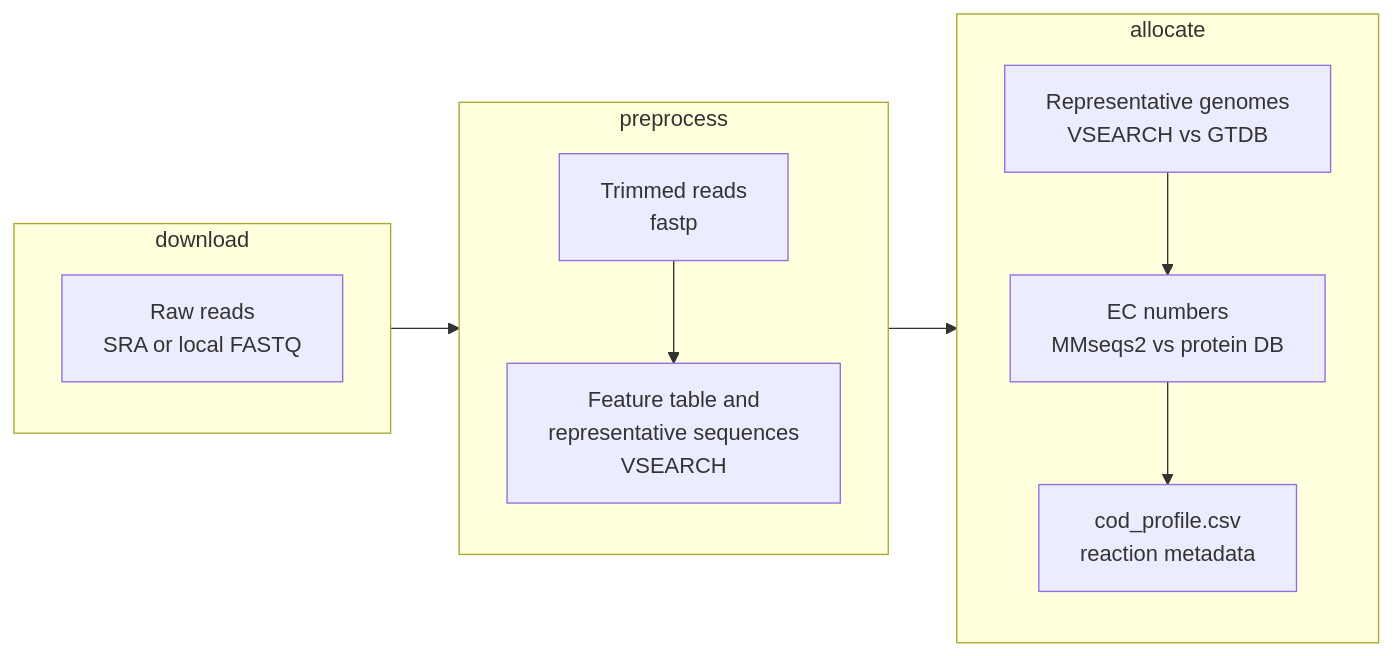
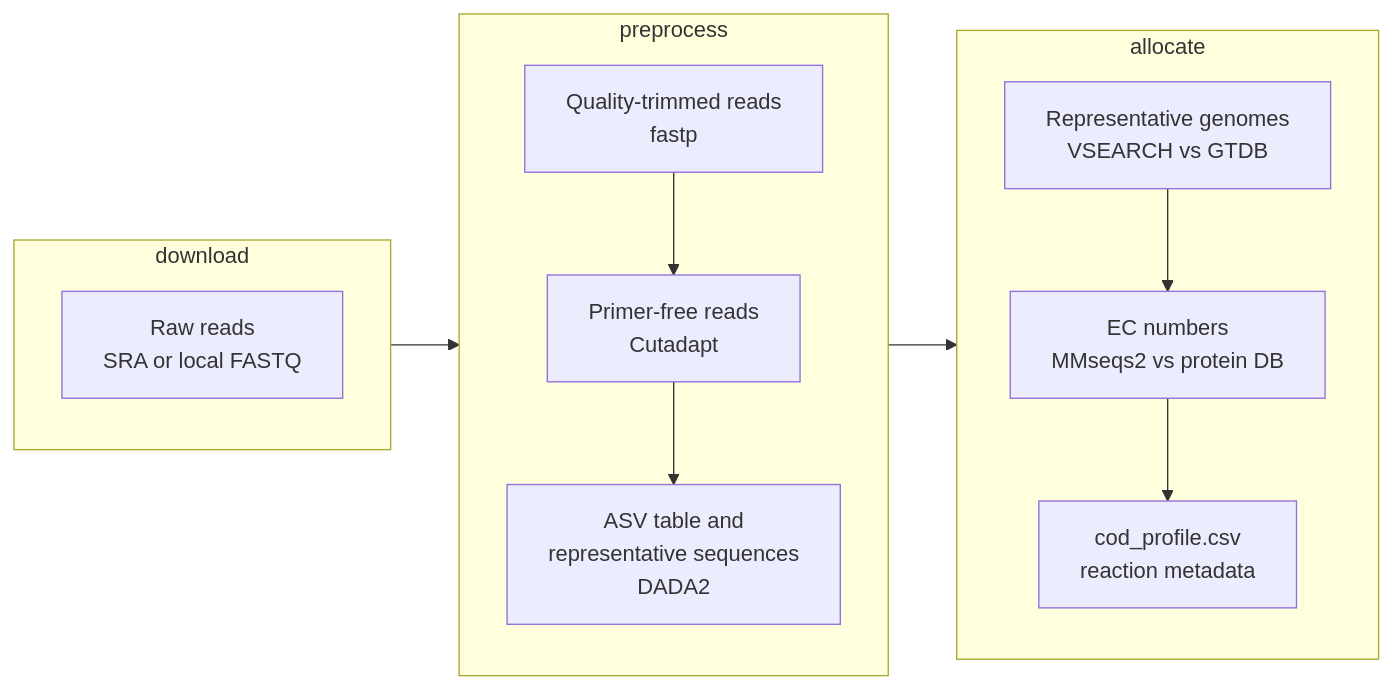
One commit to chan-csu/ADToolbox changed the diagram in docs/Metagenomics_Pipeline.md. Above: the diagram before and after it, drawn with Mermaid. The commit also changed other lines of this file and 9 other files, not shown here.

````diff
--- a/docs/Metagenomics_Pipeline.md
+++ b/docs/Metagenomics_Pipeline.md
@@ -13,25 +13,26 @@
 ```mermaid
 flowchart LR
     subgraph dl["download"]
         direction TB
         A["Raw reads<br>SRA or local FASTQ"]
     end
 
     subgraph pp["preprocess"]
         direction TB
-        B["Trimmed reads<br>fastp"]
-        C["Feature table and<br>representative sequences<br>VSEARCH"]
-        B --> C
+        B["Quality-trimmed reads<br>fastp"]
+        C["Primer-free reads<br>Cutadapt"]
+        D["ASV table and<br>representative sequences<br>DADA2"]
+        B --> C --> D
     end
 
     subgraph al["allocate"]
         direction TB
-        D["Representative genomes<br>VSEARCH vs GTDB"]
-        E["EC numbers<br>MMseqs2 vs protein DB"]
-        F["cod_profile.csv<br>reaction metadata"]
-        D --> E --> F
+        E["Representative genomes<br>VSEARCH vs GTDB"]
+        F["EC numbers<br>MMseqs2 vs protein DB"]
+        G["cod_profile.csv<br>reaction metadata"]
+        E --> F --> G
     end
 
     A --> B
-    C --> D
+    D --> E
 ```
````
